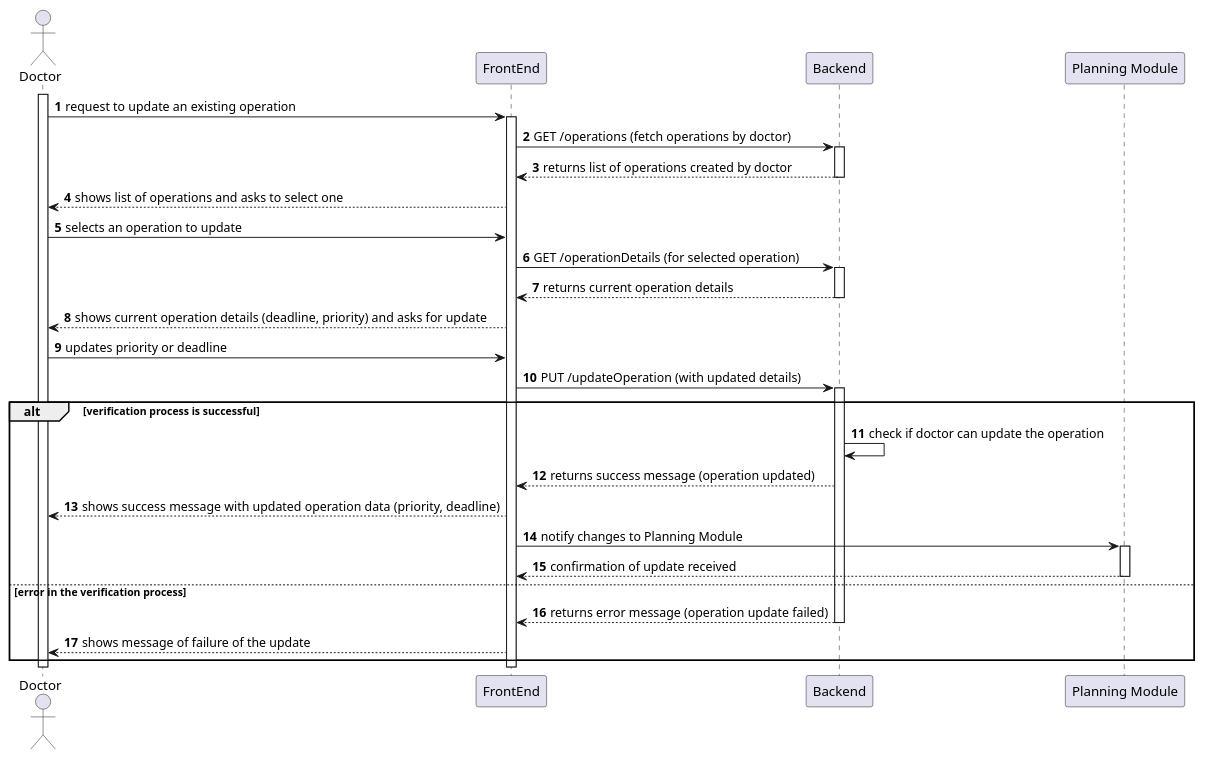
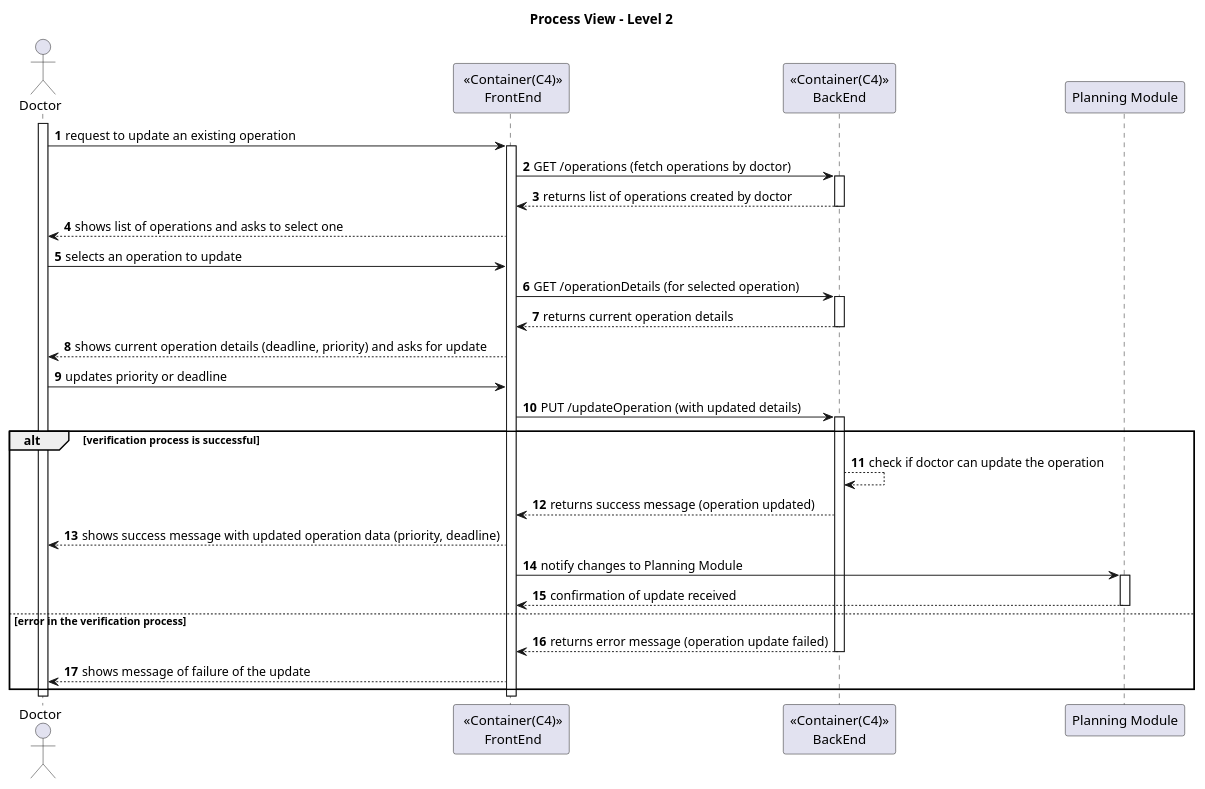
Before and after one commit to Saquinho74/LAPR5: the diagram in Docs/SprintA/US17/level2/process_view.puml, drawn with PlantUML. The commit also changed 2 other files, not shown here.

Commit message:
#17 Process view levels updated Logical changes

```diff
--- a/Docs/SprintA/US17/level2/process_view.puml
+++ b/Docs/SprintA/US17/level2/process_view.puml
@@ -1,80 +1,83 @@
 @startuml
 'https://plantuml.com/sequence-diagram
 
 autonumber
 actor Doctor as doc
-participant "FrontEnd" as sys
-participant "Backend"
+participant " <<Container(C4)>>\n FrontEnd" as sys
+participant "<<Container(C4)>>\nBackEnd" as backEnd
 participant "Planning Module" as planning
+
+title Process View - Level 2
+
 
 activate doc
 
 doc -> sys: request to update an existing operation
 
 activate sys
 
 
-sys -> "Backend" : GET /operations (fetch operations by doctor)
+sys -> backEnd : GET /operations (fetch operations by doctor)
 
-activate "Backend"
+activate backEnd
 
-"Backend" --> sys : returns list of operations created by doctor
+backEnd --> sys : returns list of operations created by doctor
 
-deactivate "Backend"
+deactivate backEnd
 
 sys --> doc: shows list of operations and asks to select one
 
 
 doc -> sys: selects an operation to update
 
 
-sys -> "Backend" : GET /operationDetails (for selected operation)
+sys -> backEnd : GET /operationDetails (for selected operation)
 
-activate "Backend"
+activate backEnd
 
-"Backend" --> sys : returns current operation details
+backEnd --> sys : returns current operation details
 
-deactivate "Backend"
+deactivate backEnd
 
 sys --> doc: shows current operation details (deadline, priority) and asks for update
 
 
 doc -> sys: updates priority or deadline
 
 
-sys -> "Backend" : PUT /updateOperation (with updated details)
+sys -> backEnd : PUT /updateOperation (with updated details)
 
-activate "Backend"
+activate backEnd
 
 alt verification process is successful
 
-    "Backend" -> "Backend" : check if doctor can update the operation
+    backEnd --> backEnd : check if doctor can update the operation
 
-    "Backend" --> sys: returns success message (operation updated)
+    backEnd --> sys: returns success message (operation updated)
 
     sys --> doc: shows success message with updated operation data (priority, deadline)
 
     sys -> planning : notify changes to Planning Module
 
     activate planning
 
     planning --> sys : confirmation of update received
 
     deactivate planning
 
 
 else error in the verification process
 
-    "Backend" --> sys: returns error message (operation update failed)
+    backEnd --> sys: returns error message (operation update failed)
 
-    deactivate "Backend"
+    deactivate backEnd
 
     sys --> doc: shows message of failure of the update
 
 end
 
 deactivate sys
 deactivate planning
 deactivate doc
 
 @enduml
```
